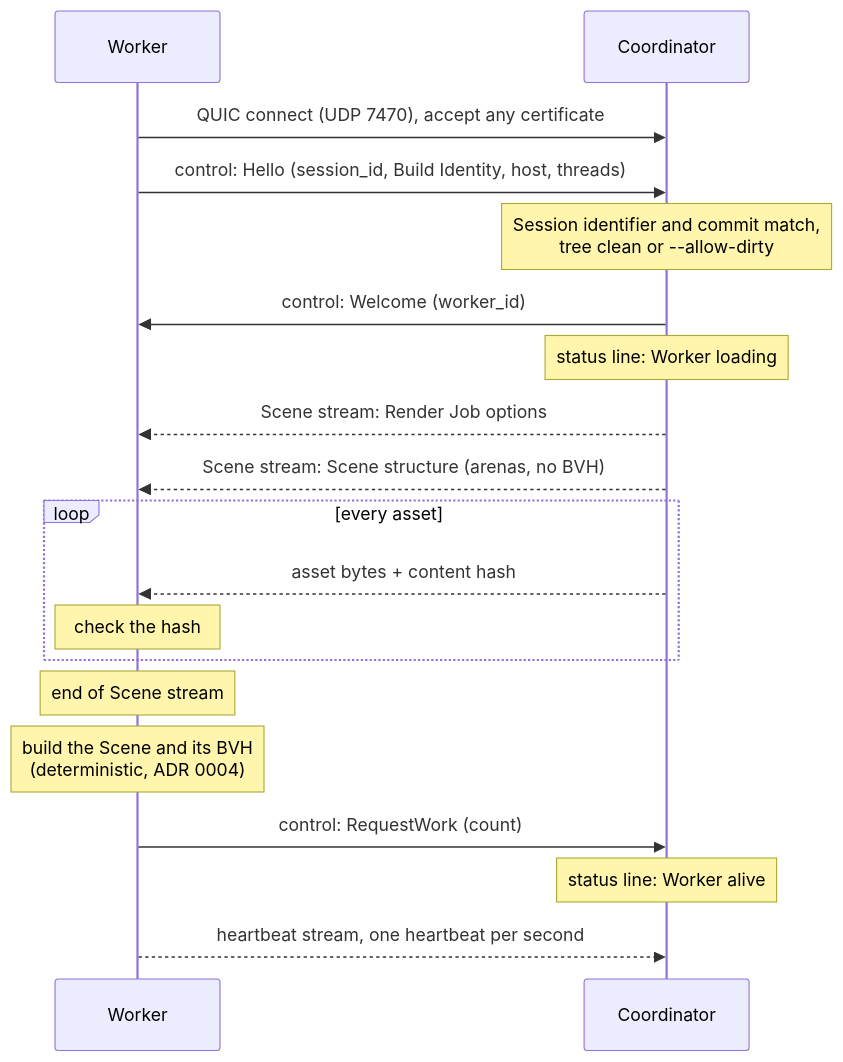
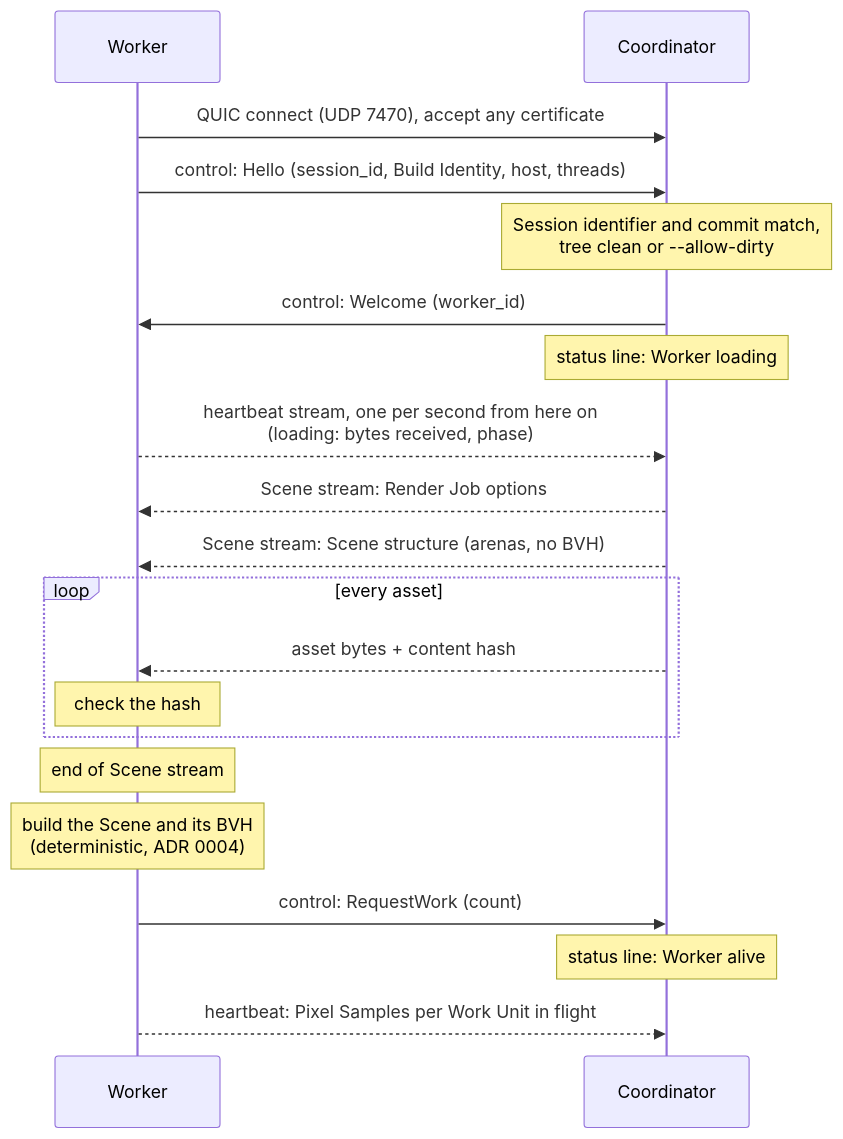
One commit to sergioffpc/umbra changed the first of 6 diagrams in docs/architecture/06-runtime-view.md. Above: the diagram before and after it, drawn with Mermaid. The commit also changed other lines of this file, not shown here.

````diff
--- a/docs/architecture/06-runtime-view.md
+++ b/docs/architecture/06-runtime-view.md
@@ -11,21 +11,22 @@
 ```mermaid
 sequenceDiagram
     participant W as Worker
     participant C as Coordinator
     W->>C: QUIC connect (UDP 7470), accept any certificate
     W->>C: control: Hello (session_id, Build Identity, host, threads)
     Note over C: Session identifier and commit match,<br/>tree clean or --allow-dirty
     C->>W: control: Welcome (worker_id)
     Note over C: status line: Worker loading
+    W-->>C: heartbeat stream, one per second from here on<br/>(loading: bytes received, phase)
     C-->>W: Scene stream: Render Job options
     C-->>W: Scene stream: Scene structure (arenas, no BVH)
     loop every asset
         C-->>W: asset bytes + content hash
         Note over W: check the hash
     end
     Note over W: end of Scene stream
     Note over W: build the Scene and its BVH<br/>(deterministic, ADR 0004)
     W->>C: control: RequestWork (count)
     Note over C: status line: Worker alive
-    W-->>C: heartbeat stream, one heartbeat per second
+    W-->>C: heartbeat: Pixel Samples per Work Unit in flight
 ```
````
